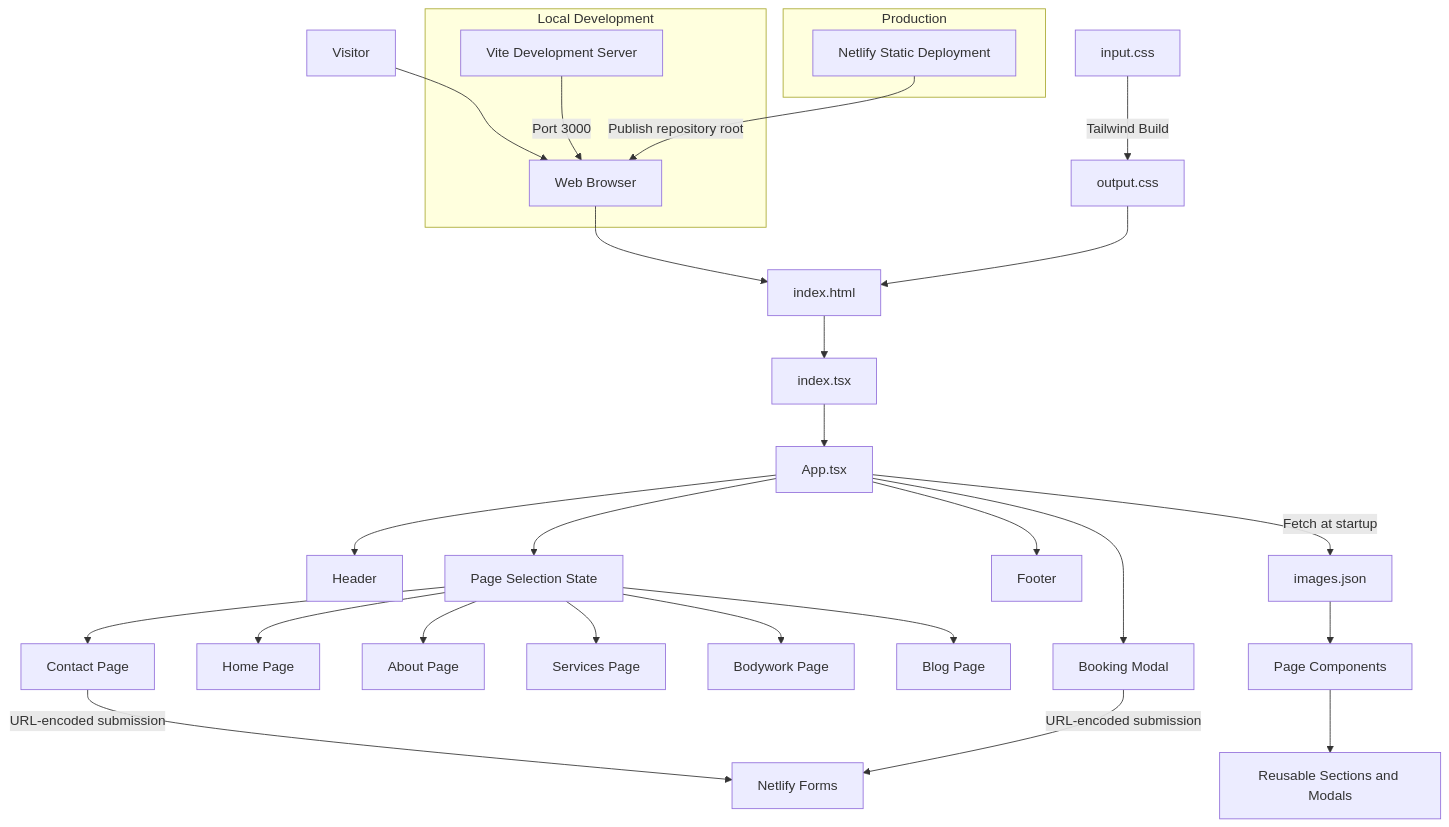
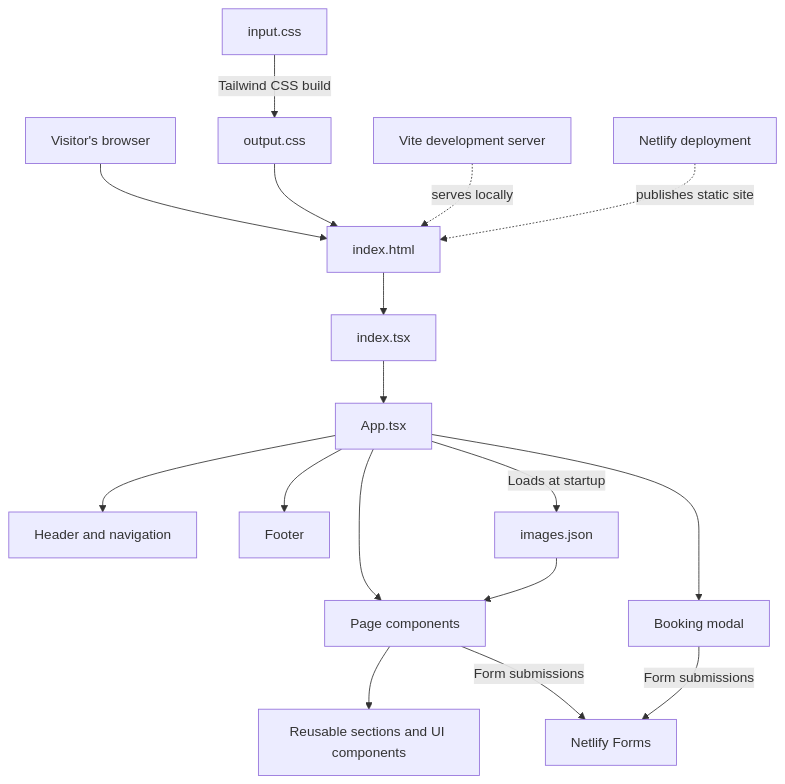
Before and after one commit to spacecode-art/kabiras-motor-works: the diagram in README.md, drawn with Mermaid. The commit also changed other lines of this file, not shown here.

Commit message:
docs: streamline README and remove repository naming section

````diff
--- a/README.md
+++ b/README.md
@@ -59,39 +28,24 @@
 ```mermaid
 flowchart TD
-    Visitor[Visitor] --> Browser[Web Browser]
-    Browser --> HTML[index.html]
+    Visitor[Visitor's browser] --> HTML[index.html]
     HTML --> Entry[index.tsx]
     Entry --> App[App.tsx]
 
-    App --> Header[Header]
-    App --> Router[Page Selection State]
+    App --> Header[Header and navigation]
+    App --> Pages[Page components]
     App --> Footer[Footer]
-    App --> Modal[Booking Modal]
+    App --> Booking[Booking modal]
 
-    Router --> Home[Home Page]
-    Router --> About[About Page]
-    Router --> Services[Services Page]
-    Router --> Bodywork[Bodywork Page]
-    Router --> Blog[Blog Page]
-    Router --> Contact[Contact Page]
+    Pages --> Sections[Reusable sections and UI components]
+    App -->|Loads at startup| Images[images.json]
+    Images --> Pages
 
-    App -->|Fetch at startup| Images[images.json]
-    Images --> Pages[Page Components]
-    Pages --> Sections[Reusable Sections and Modals]
-
-    CSS[input.css] -->|Tailwind Build| Output[output.css]
+    Styles[input.css] -->|Tailwind CSS build| Output[output.css]
     Output --> HTML
 
-    Contact -->|URL-encoded submission| Netlify[Netlify Forms]
-    Modal -->|URL-encoded submission| Netlify
+    Pages -->|Form submissions| Netlify[Netlify Forms]
+    Booking -->|Form submissions| Netlify
 
-    subgraph Local Development
-        Vite[Vite Development Server]
-        Vite -->|Port 3000| Browser
-    end
-
-    subgraph Production
-        NetlifyDeploy[Netlify Static Deployment]
-        NetlifyDeploy -->|Publish repository root| Browser
-    end
+    Vite[Vite development server] -. serves locally .-> HTML
+    NetlifyDeploy[Netlify deployment] -. publishes static site .-> HTML
 ```
````
